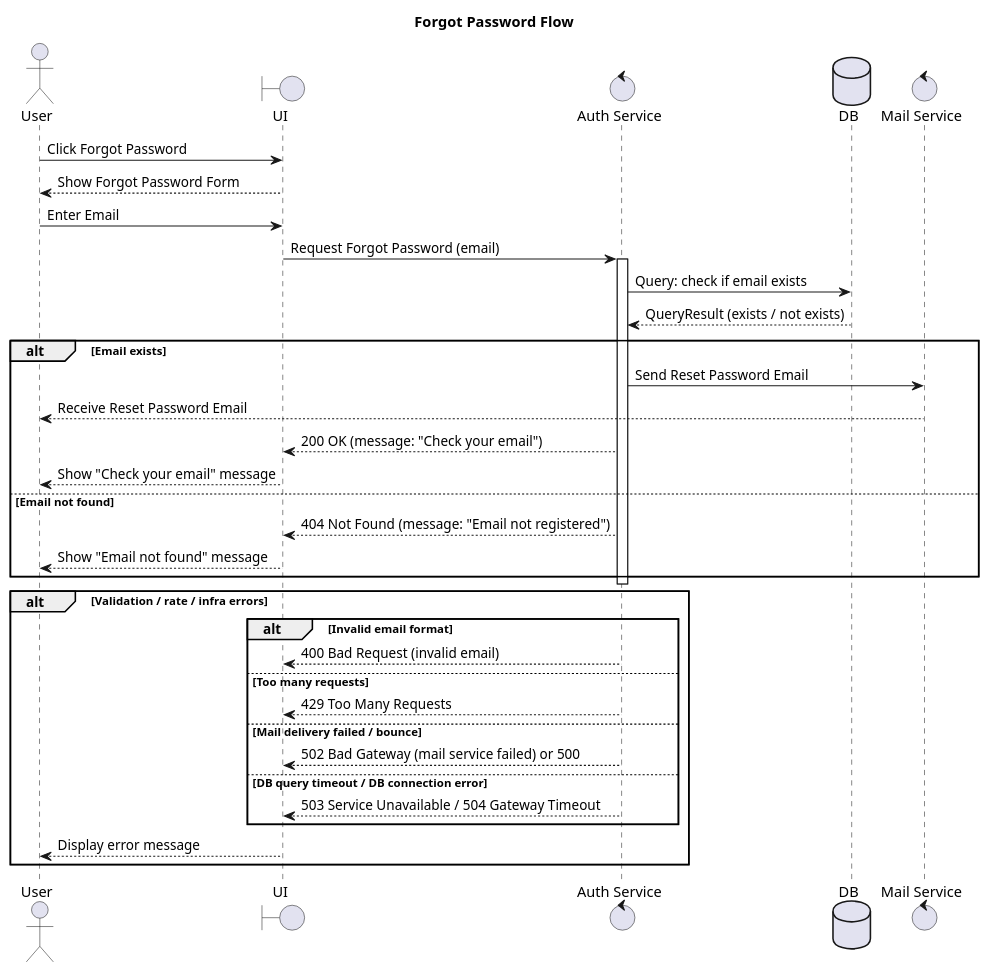
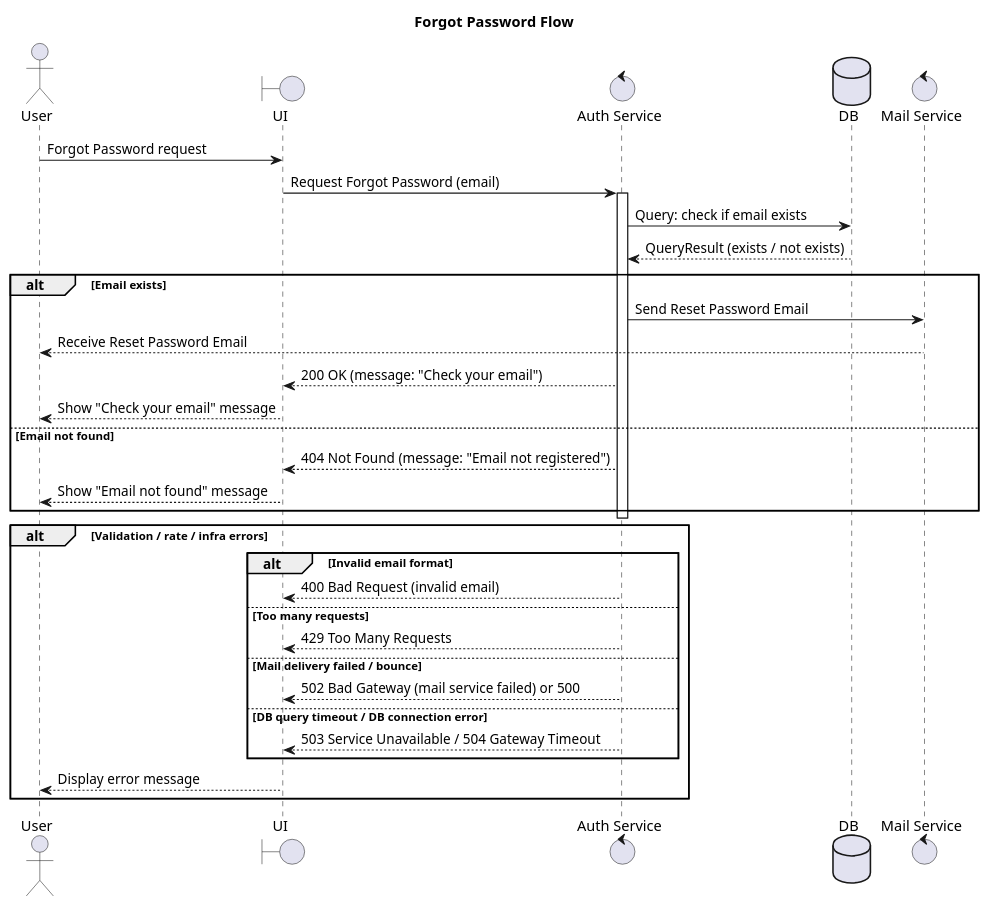
The diagram in UML/Sequence/Forgot Password.puml (Sagitoaz/BTL_OOP), drawn with PlantUML before and after one commit. The commit also changed 3 other files, not shown here.

Commit message:
Fix: Account Sequence

```diff
--- a/UML/Sequence/Forgot Password.puml
+++ b/UML/Sequence/Forgot Password.puml
@@ -1,41 +1,39 @@
 @startuml
 title Forgot Password Flow
 actor User
 boundary UI
 control "Auth Service" as Service
 database DB
 control "Mail Service" as Mail
 
-User -> UI: Click Forgot Password
-UI --> User: Show Forgot Password Form
-User -> UI: Enter Email
+User -> UI: Forgot Password request
 UI -> Service: Request Forgot Password (email)
 activate Service
 
 Service -> DB: Query: check if email exists
 DB --> Service: QueryResult (exists / not exists)
 
 alt Email exists
     Service -> Mail: Send Reset Password Email
     Mail --> User: Receive Reset Password Email
     Service --> UI: 200 OK (message: "Check your email")
     UI --> User: Show "Check your email" message
 else Email not found
     Service --> UI: 404 Not Found (message: "Email not registered")
     UI --> User: Show "Email not found" message
 end
 deactivate Service
 
 alt Validation / rate / infra errors
     alt Invalid email format
         Service --> UI: 400 Bad Request (invalid email)
     else Too many requests
         Service --> UI: 429 Too Many Requests
     else Mail delivery failed / bounce
         Service --> UI: 502 Bad Gateway (mail service failed) or 500
     else DB query timeout / DB connection error
         Service --> UI: 503 Service Unavailable / 504 Gateway Timeout
     end
     UI --> User: Display error message
 end
 @enduml
```
